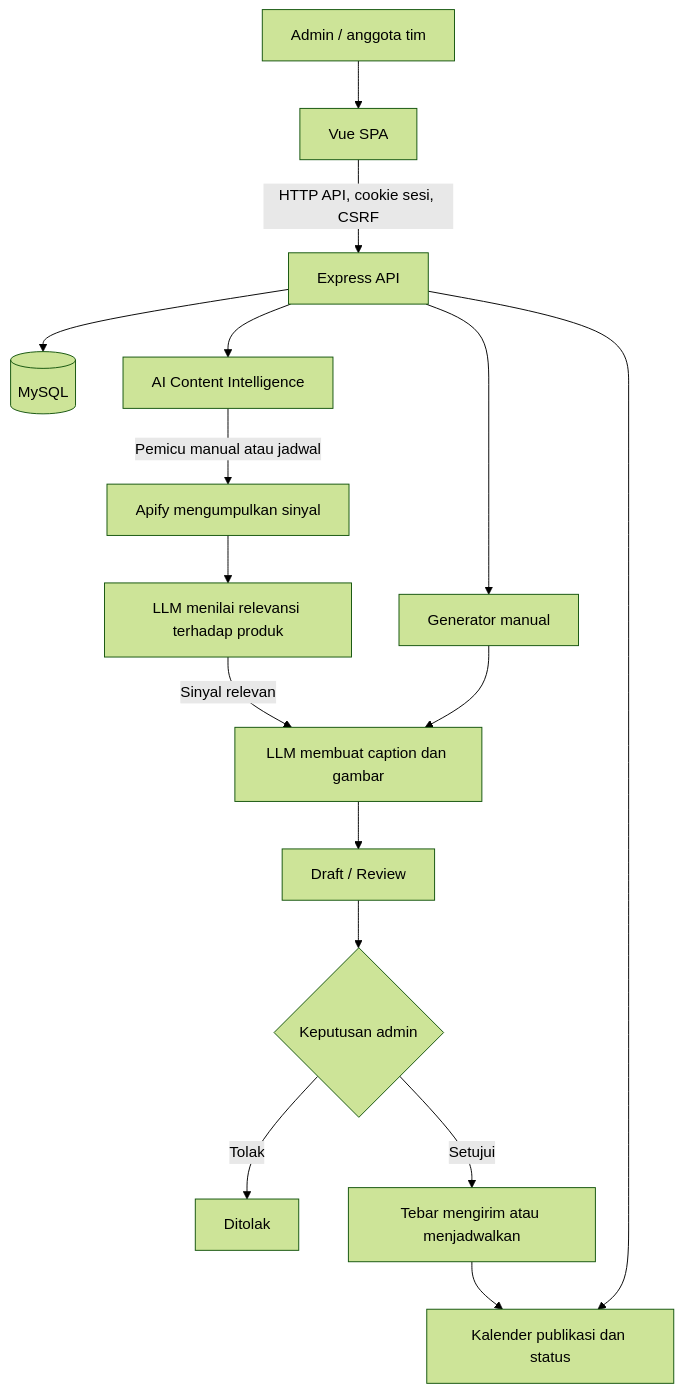
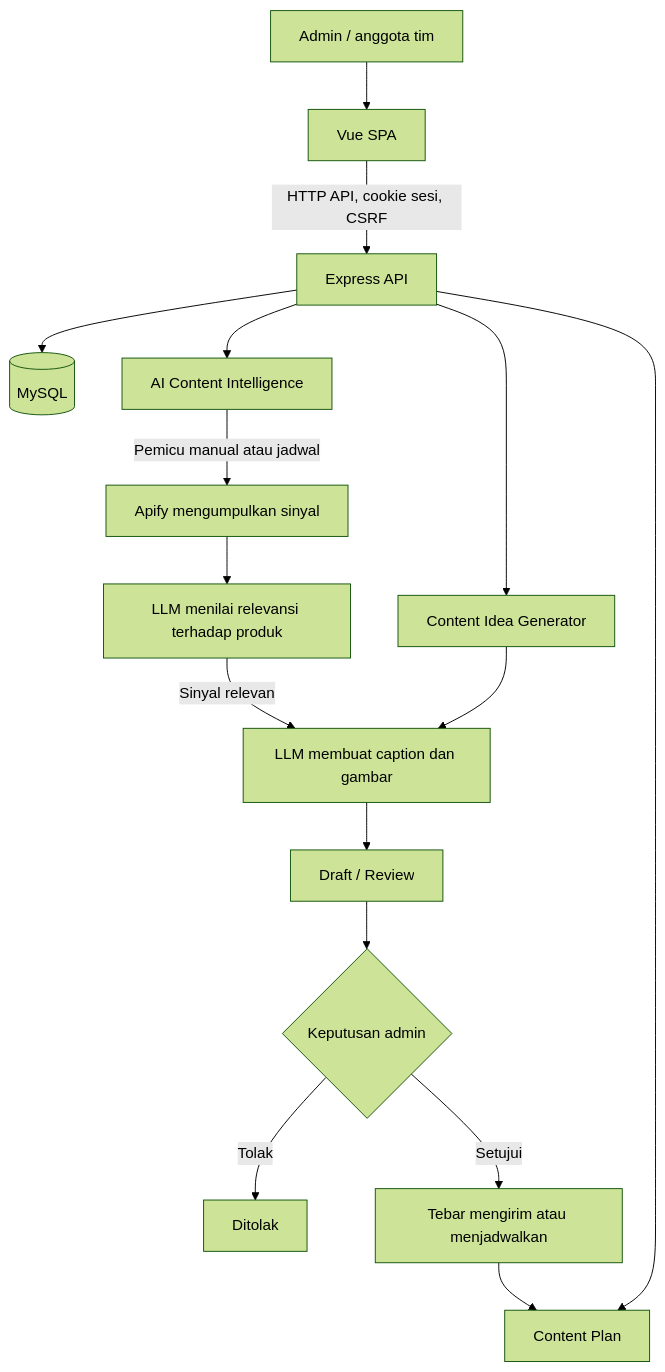
The third of 5 diagrams in README.md (Septiodwi/Pulse-AI), drawn with Mermaid (forest theme) before and after one commit. The commit also changed other lines of this file, not shown here.

````diff
--- a/README.md
+++ b/README.md
@@ -94,18 +94,18 @@
 ```mermaid
 flowchart TD
     U["Admin / anggota tim"] --> FE["Vue SPA"]
     FE -->|"HTTP API, cookie sesi, CSRF"| BE["Express API"]
     BE --> DB[("MySQL")]
-    BE --> M["Generator manual"]
+    BE --> M["Content Idea Generator"]
     BE --> S["AI Content Intelligence"]
     S -->|"Pemicu manual atau jadwal"| A["Apify mengumpulkan sinyal"]
     A --> R["LLM menilai relevansi terhadap produk"]
     R -->|"Sinyal relevan"| G["LLM membuat caption dan gambar"]
     M --> G
     G --> D["Draft / Review"]
     D --> Q{"Keputusan admin"}
     Q -->|"Tolak"| X["Ditolak"]
     Q -->|"Setujui"| T["Tebar mengirim atau menjadwalkan"]
-    T --> K["Kalender publikasi dan status"]
+    T --> K["Content Plan"]
     BE --> K
 ```
````
